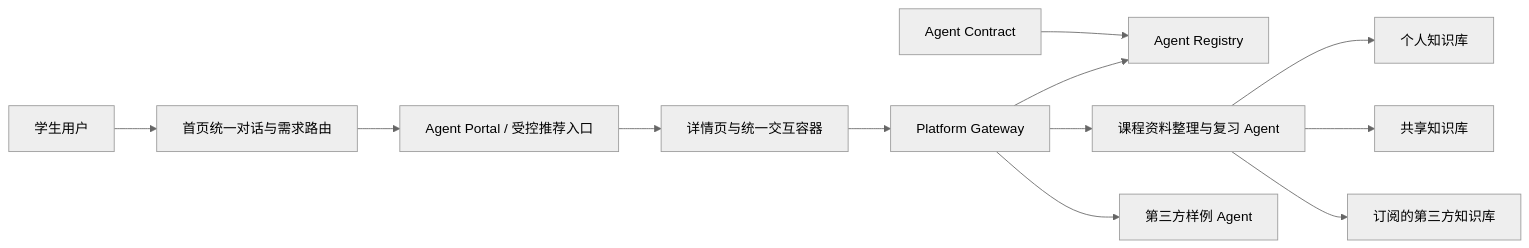
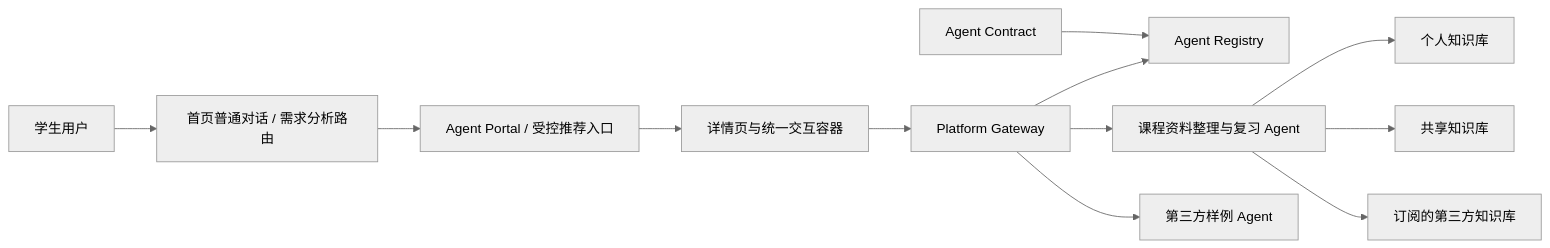
One commit to xytsakura/ai-for-better-life-in-ustc changed the diagram in README.md. Above: the diagram before and after it, drawn with Mermaid (neutral theme). The commit also changed other lines of this file and 16 other files, not shown here.

````diff
--- a/README.md
+++ b/README.md
@@ -35,14 +35,14 @@
 ```mermaid
 flowchart LR
-    U["学生用户"] --> H["首页统一对话与需求路由"]
+    U["学生用户"] --> H["首页普通对话 / 需求分析路由"]
     H --> P["Agent Portal / 受控推荐入口"]
     P --> UI["详情页与统一交互容器"]
     UI --> G["Platform Gateway"]
     G --> R["Agent Registry"]
     G --> A1["课程资料整理与复习 Agent"]
     G --> A2["第三方样例 Agent"]
     A1 --> K1["个人知识库"]
     A1 --> K2["共享知识库"]
     A1 --> K3["订阅的第三方知识库"]
     C["Agent Contract"] --> R
 ```
````
